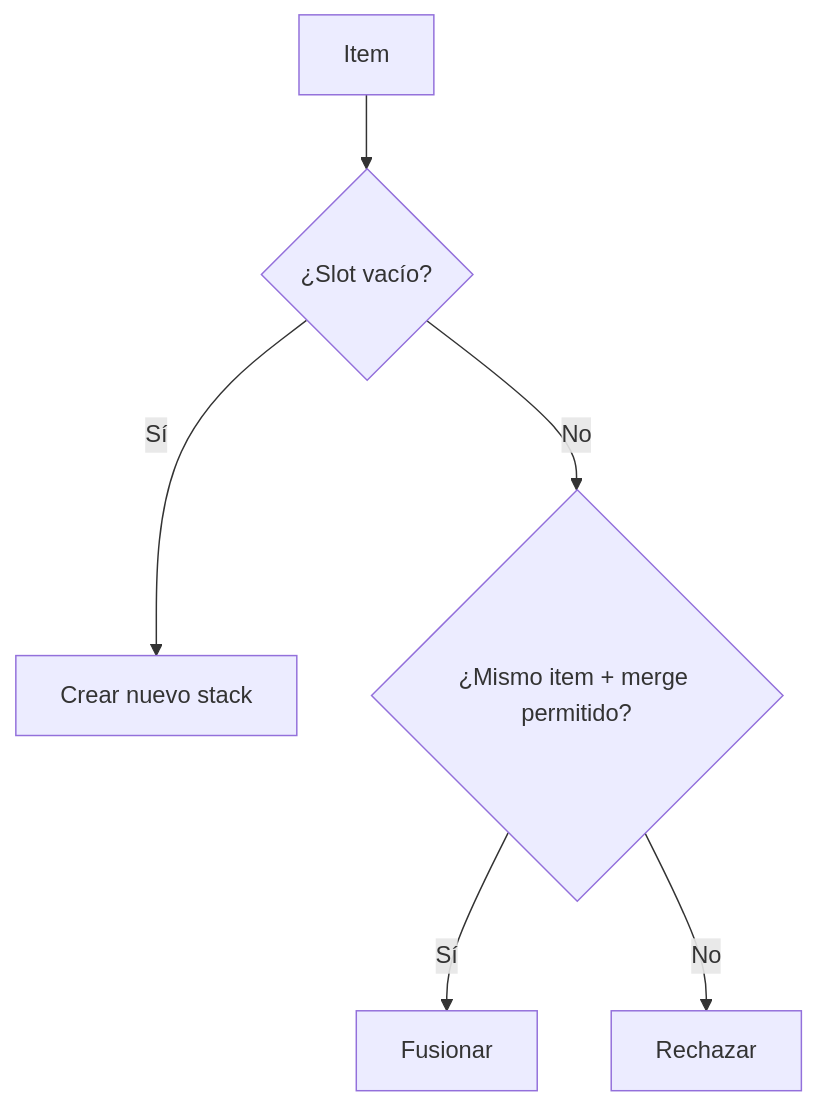
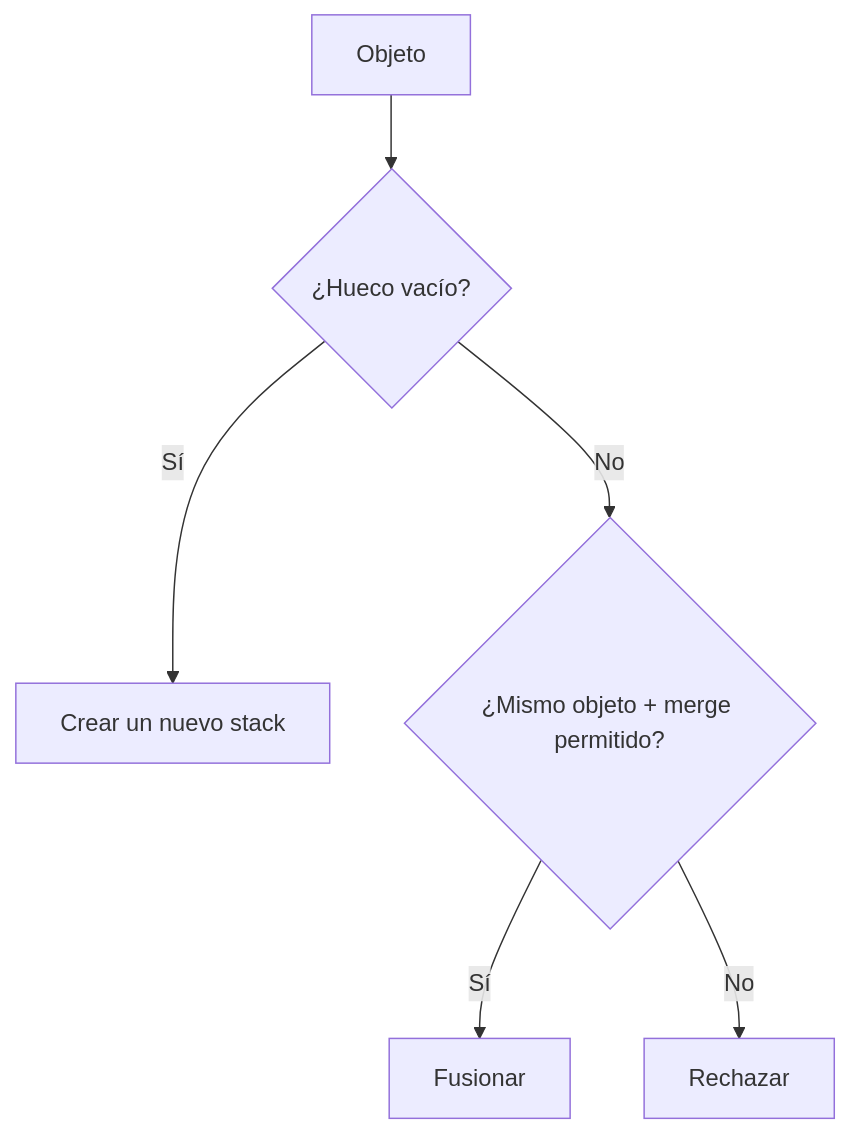
Before and after one commit to SergeevSergey99/DragAndDropSystem-Docs: the fourth of 4 diagrams in .docs/content/architecture/strategies.es.md, drawn with Mermaid. The commit also changed other lines of this file and 9 other files, not shown here.

````diff
--- a/.docs/content/architecture/strategies.es.md
+++ b/.docs/content/architecture/strategies.es.md
@@ -69,8 +79,8 @@
 ```mermaid
 flowchart TD
-    A["Item"] --> B{"¿Slot vacío?"}
-    B -->|Sí| C["Crear nuevo stack"]
-    B -->|No| D{"¿Mismo item + merge permitido?"}
+    A["Objeto"] --> B{"¿Hueco vacío?"}
+    B -->|Sí| C["Crear un nuevo stack"]
+    B -->|No| D{"¿Mismo objeto + merge permitido?"}
     D -->|Sí| E["Fusionar"]
     D -->|No| F["Rechazar"]
 ```
````
